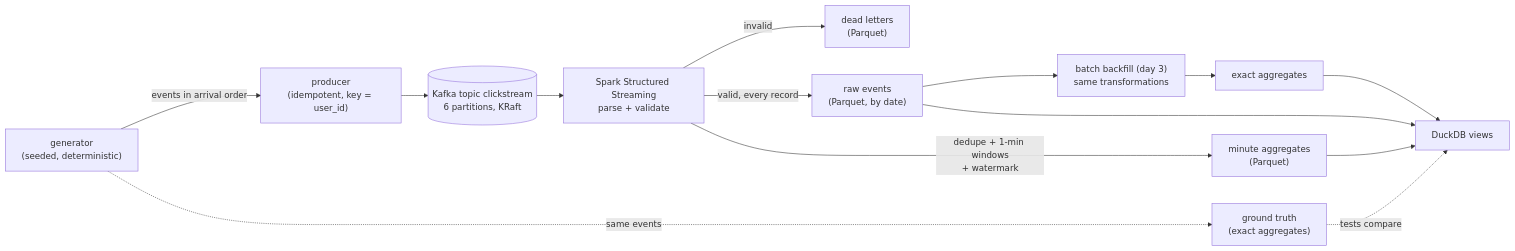
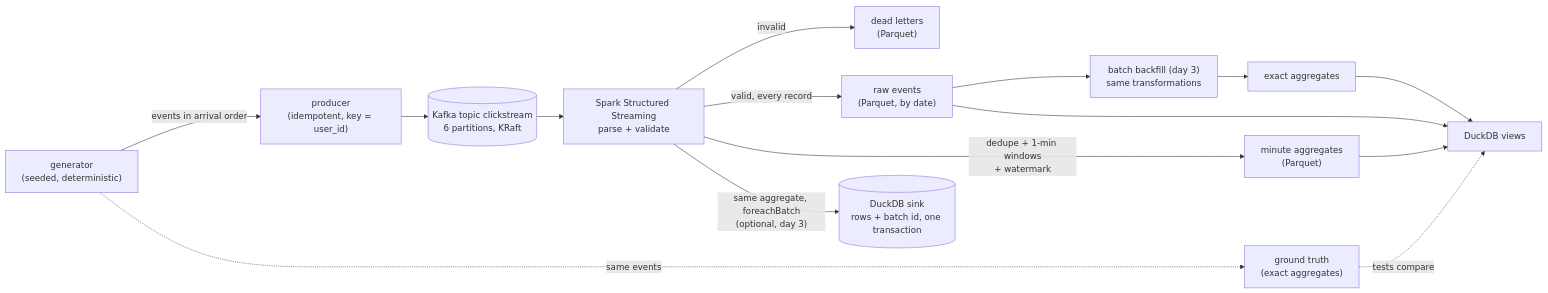
One commit to vivekdavara/flowcast changed the diagram in DESIGN.md. Above: the diagram before and after it, drawn with Mermaid. The commit also changed other lines of this file, not shown here.

First line of the commit message:
DESIGN for day 3: exactly once, the backfill, schema version 2

````diff
--- a/DESIGN.md
+++ b/DESIGN.md
@@ -15,16 +15,17 @@
 ```mermaid
 flowchart LR
   G["generator<br/>(seeded, deterministic)"] -->|"events in arrival order"| P["producer<br/>(idempotent, key = user_id)"]
   G -.->|"same events"| T["ground truth<br/>(exact aggregates)"]
   P --> K[("Kafka topic clickstream<br/>6 partitions, KRaft")]
   K --> S["Spark Structured Streaming<br/>parse + validate"]
   S -->|"invalid"| DL["dead letters<br/>(Parquet)"]
   S -->|"valid, every record"| RAW["raw events<br/>(Parquet, by date)"]
   S -->|"dedupe + 1-min windows<br/>+ watermark"| AGG["minute aggregates<br/>(Parquet)"]
+  S -->|"same aggregate, foreachBatch<br/>(optional, day 3)"| DDB[("DuckDB sink<br/>rows + batch id, one transaction")]
   RAW --> B["batch backfill (day 3)<br/>same transformations"]
   B --> AGG2["exact aggregates"]
   RAW --> D["DuckDB views"]
   AGG --> D
   AGG2 --> D
   T -.->|"tests compare"| D
 ```
````
